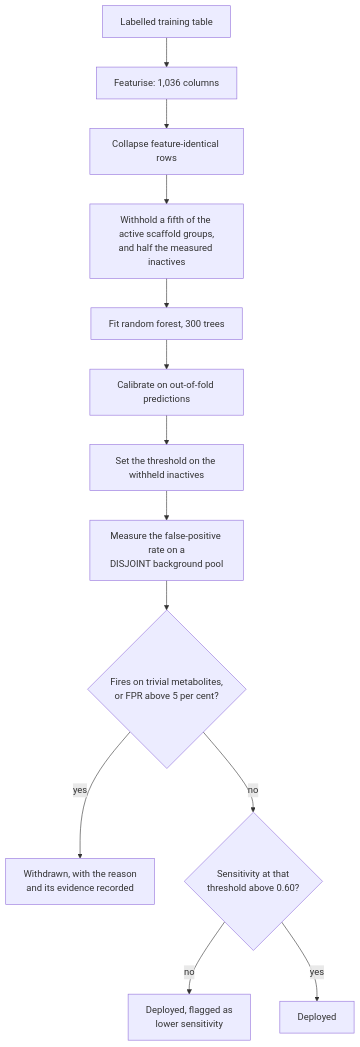
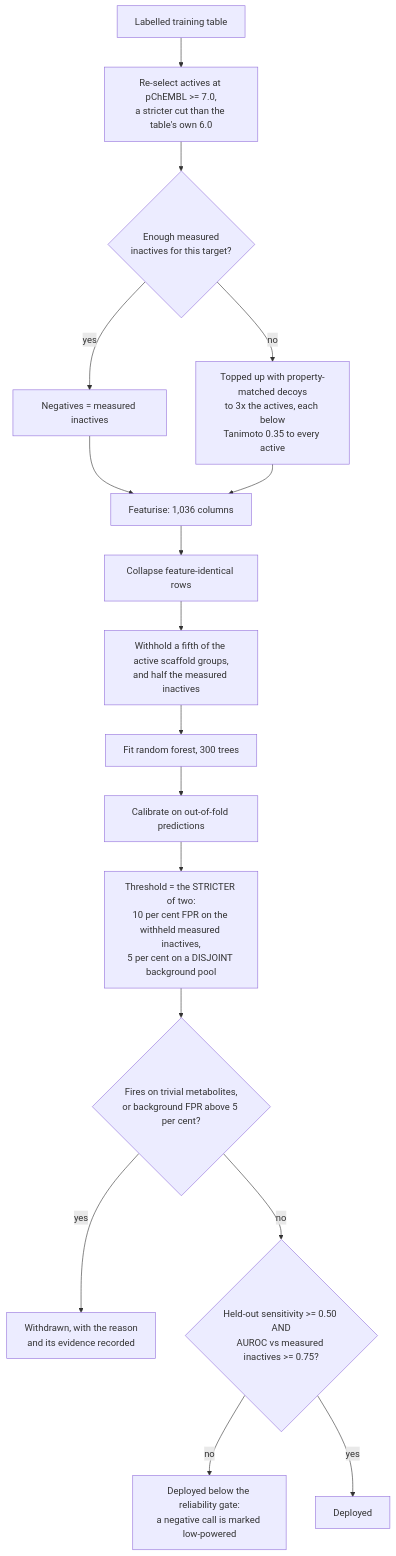
The second of 4 diagrams in docs/TECHNICAL_REPORT.md (krishna-g-999/brainsafe-ai), drawn with Mermaid before and after one commit. The commit also changed other lines of this file and 16 other files, not shown here.

````diff
--- a/docs/TECHNICAL_REPORT.md
+++ b/docs/TECHNICAL_REPORT.md
@@ -387,15 +396,19 @@
 ```mermaid
 flowchart TD
-    K[Labelled training table] --> L[Featurise: 1,036 columns]
-    L --> M[Collapse feature-identical rows]
-    M --> N[Withhold a fifth of the active scaffold groups,<br/>and half the measured inactives]
-    N --> O[Fit random forest, 300 trees]
-    O --> P[Calibrate on out-of-fold predictions]
-    P --> Q[Set the threshold on the withheld inactives]
-    Q --> R[Measure the false-positive rate on a<br/>DISJOINT background pool]
-    R --> S{Fires on trivial metabolites,<br/>or FPR above 5 per cent?}
-    S -->|yes| T[Withdrawn, with the reason<br/>and its evidence recorded]
-    S -->|no| U{Sensitivity at that<br/>threshold above 0.60?}
-    U -->|no| V[Deployed, flagged as<br/>lower sensitivity]
-    U -->|yes| W[Deployed]
+    K[Labelled training table] --> L[Re-select actives at pChEMBL >= 7.0,<br/>a stricter cut than the table's own 6.0]
+    L --> M{Enough measured<br/>inactives for this target?}
+    M -->|yes| N[Negatives = measured inactives]
+    M -->|no| O[Topped up with property-matched decoys<br/>to 3x the actives, each below<br/>Tanimoto 0.35 to every active]
+    N --> P[Featurise: 1,036 columns]
+    O --> P
+    P --> Q[Collapse feature-identical rows]
+    Q --> R[Withhold a fifth of the active scaffold groups,<br/>and half the measured inactives]
+    R --> S[Fit random forest, 300 trees]
+    S --> T[Calibrate on out-of-fold predictions]
+    T --> U[Threshold = the STRICTER of two:<br/>10 per cent FPR on the withheld measured inactives,<br/>5 per cent on a DISJOINT background pool]
+    U --> V{Fires on trivial metabolites,<br/>or background FPR above 5 per cent?}
+    V -->|yes| W[Withdrawn, with the reason<br/>and its evidence recorded]
+    V -->|no| X{Held-out sensitivity >= 0.50 AND<br/>AUROC vs measured inactives >= 0.75?}
+    X -->|no| Y[Deployed below the reliability gate:<br/>a negative call is marked low-powered]
+    X -->|yes| Z[Deployed]
 ```
````
